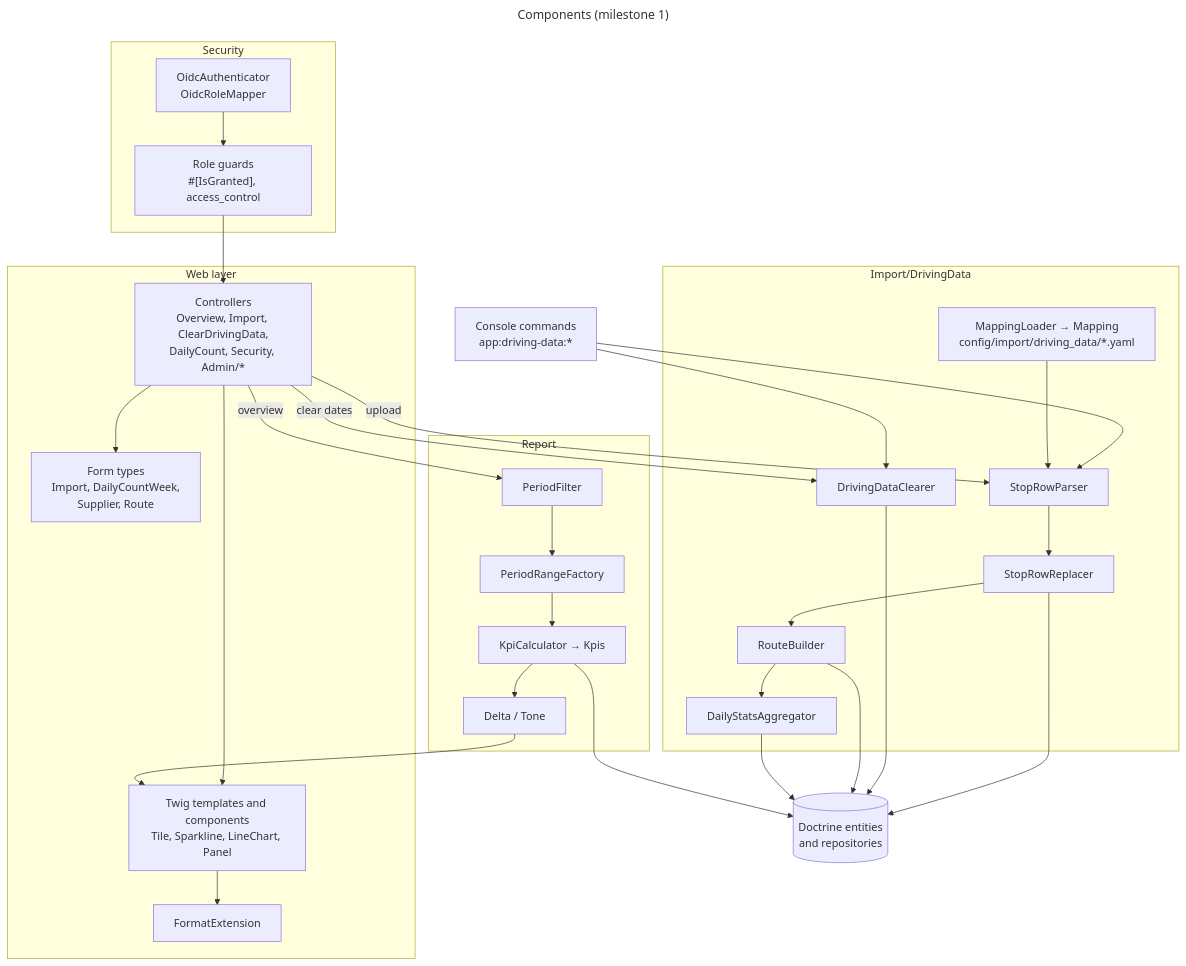
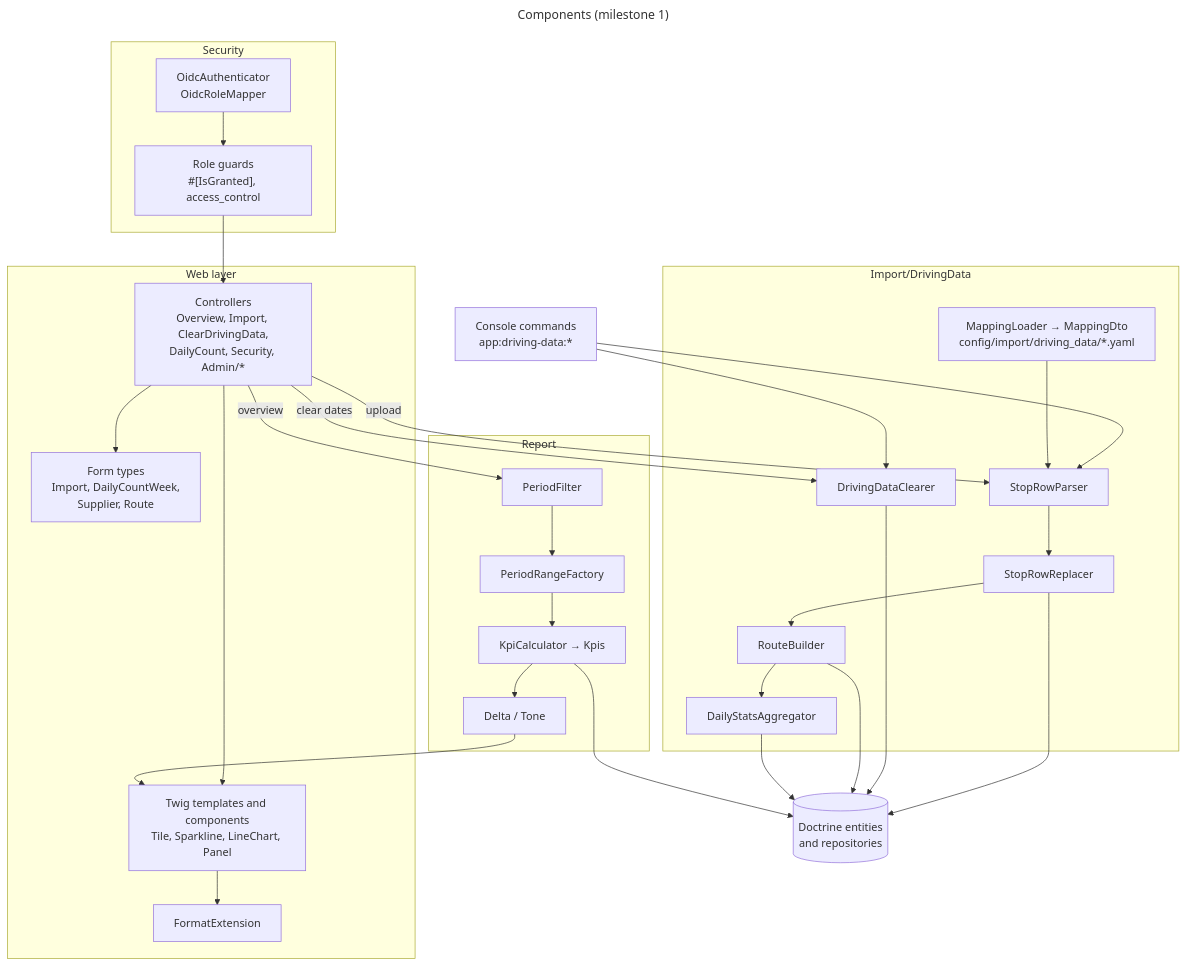
Before and after one commit to itk-dev/koerselsoverblik: the third of 7 diagrams in docs/architecture.md, drawn with Mermaid. The commit also changed other lines of this file and 6 other files, not shown here.

First line of the commit message:
refactor: add the Dto suffix to the mapping value objects

````diff
--- a/docs/architecture.md
+++ b/docs/architecture.md
@@ -136,57 +136,57 @@
 ```mermaid
 ---
 title: Components (milestone 1)
 ---
 flowchart TB
     subgraph web["Web layer"]
         controllers["Controllers<br/>Overview, Import, ClearDrivingData,<br/>DailyCount, Security, Admin/*"]
         forms["Form types<br/>Import, DailyCountWeek,<br/>Supplier, Route"]
         twig["Twig templates and components<br/>Tile, Sparkline, LineChart, Panel"]
         format["FormatExtension"]
     end
 
     subgraph security["Security"]
         authenticators["OidcAuthenticator<br/>OidcRoleMapper"]
         guards["Role guards<br/>#[IsGranted], access_control"]
     end
 
     subgraph import["Import/DrivingData"]
-        mapping["MappingLoader → Mapping<br/>config/import/driving_data/*.yaml"]
+        mapping["MappingLoader → MappingDto<br/>config/import/driving_data/*.yaml"]
         parser["StopRowParser"]
         replacer["StopRowReplacer"]
         builder["RouteBuilder"]
         aggregator["DailyStatsAggregator"]
         clearer["DrivingDataClearer"]
     end
 
     subgraph report["Report"]
         filter["PeriodFilter"]
         periods["PeriodRangeFactory"]
         kpi["KpiCalculator → Kpis"]
         delta["Delta / Tone"]
     end
 
     commands["Console commands<br/>app:driving-data:*"]
     repositories[("Doctrine entities<br/>and repositories")]
 
     controllers --> forms
     controllers --> twig
     twig --> format
     guards --> controllers
     authenticators --> guards
 
     controllers -- "upload" --> parser
     commands --> parser
     mapping --> parser
     parser --> replacer --> builder --> aggregator
     replacer --> repositories
     controllers -- "clear dates" --> clearer
     commands --> clearer
     clearer --> repositories
     builder --> repositories
     aggregator --> repositories
 
     controllers -- "overview" --> filter --> periods --> kpi
     kpi --> repositories
     kpi --> delta --> twig
 ```
````
